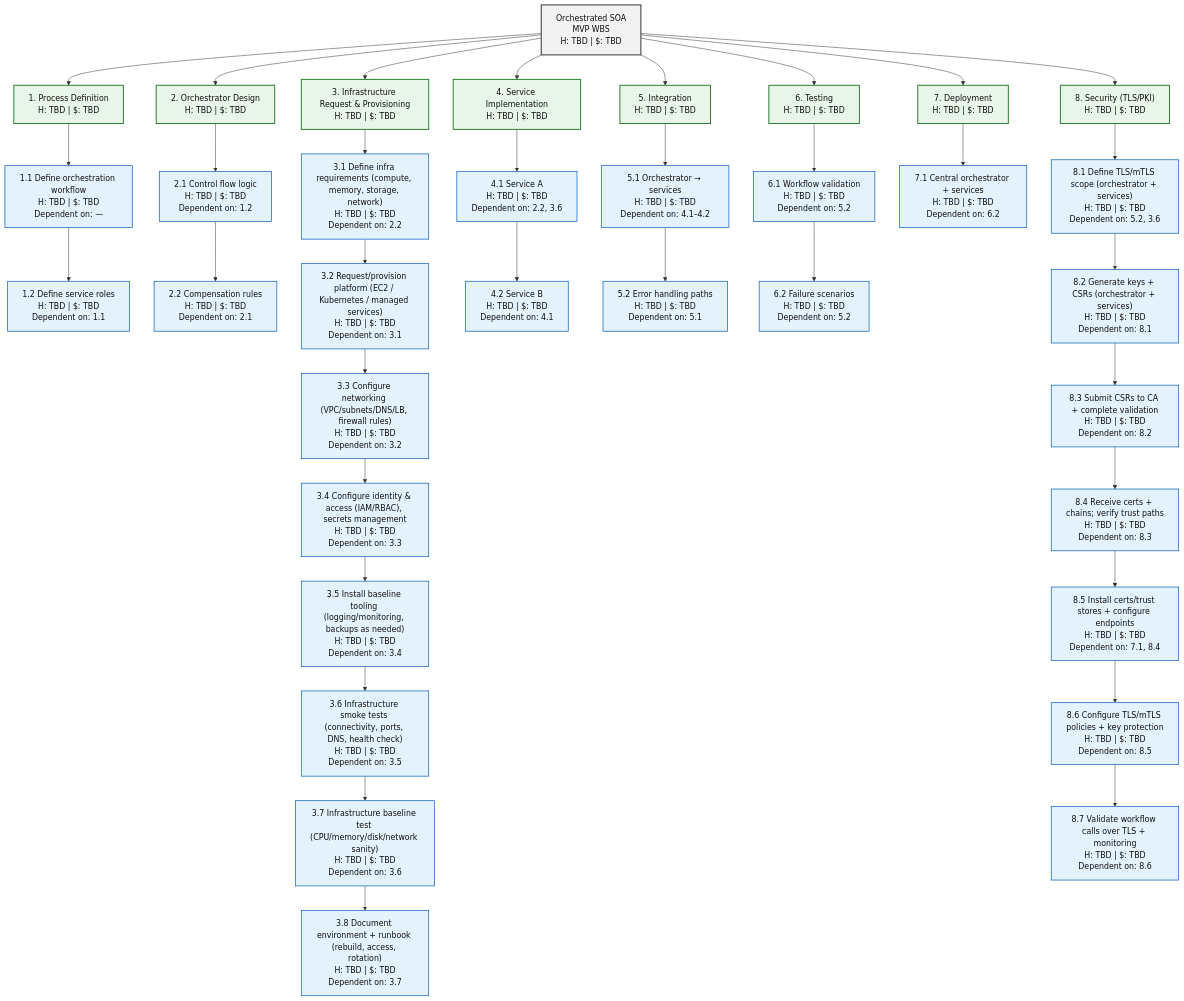
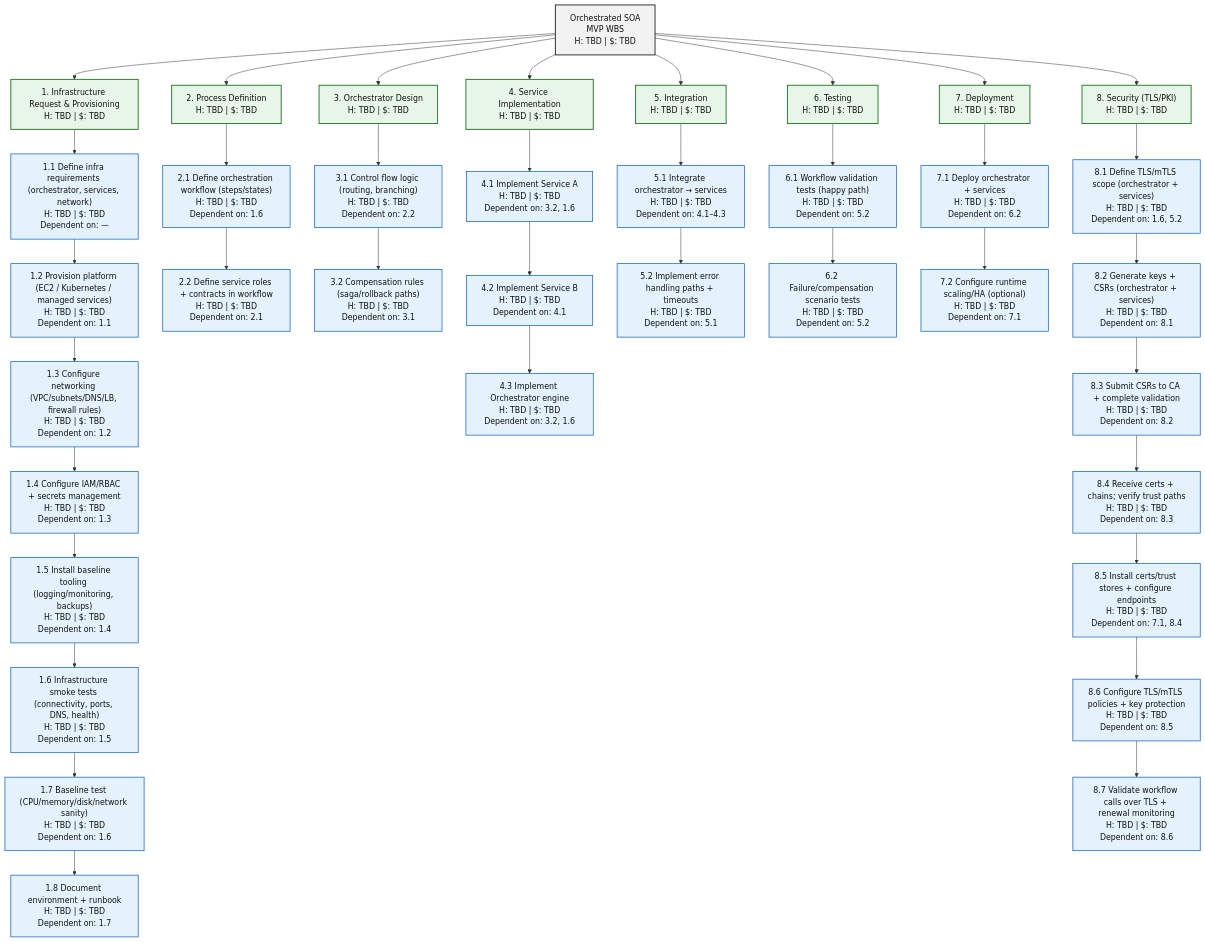
One commit to lopez-larry/arch-design-documentation changed the seventh of 8 diagrams in 30-architecture-styles/5-architecture-style-wbs-overview.md. Above: the diagram before and after it, drawn with Mermaid. The commit also changed other lines of this file, not shown here.

````diff
--- a/30-architecture-styles/5-architecture-style-wbs-overview.md
+++ b/30-architecture-styles/5-architecture-style-wbs-overview.md
@@ -347,52 +346,53 @@
 ```mermaid
 flowchart TB
   A["Orchestrated SOA<br/>MVP WBS<br/>H: TBD | $: TBD"]:::summary
 
-  A --> B["1. Process Definition<br/>H: TBD | $: TBD"]:::phase
-  A --> C["2. Orchestrator Design<br/>H: TBD | $: TBD"]:::phase
-  A --> I["3. Infrastructure Request & Provisioning<br/>H: TBD | $: TBD"]:::phase
+  A --> I["1. Infrastructure Request & Provisioning<br/>H: TBD | $: TBD"]:::phase
+  A --> B["2. Process Definition<br/>H: TBD | $: TBD"]:::phase
+  A --> C["3. Orchestrator Design<br/>H: TBD | $: TBD"]:::phase
   A --> D["4. Service Implementation<br/>H: TBD | $: TBD"]:::phase
   A --> E["5. Integration<br/>H: TBD | $: TBD"]:::phase
   A --> F["6. Testing<br/>H: TBD | $: TBD"]:::phase
   A --> G["7. Deployment<br/>H: TBD | $: TBD"]:::phase
   A --> H["8. Security (TLS/PKI)<br/>H: TBD | $: TBD"]:::phase
 
-  B --> B1["1.1 Define orchestration workflow<br/>H: TBD | $: TBD<br/>Dependent on: —"]:::task
-  B1 --> B2["1.2 Define service roles<br/>H: TBD | $: TBD<br/>Dependent on: 1.1"]:::task
+  I --> I1["1.1 Define infra requirements (orchestrator, services, network)<br/>H: TBD | $: TBD<br/>Dependent on: —"]:::task
+  I1 --> I2["1.2 Provision platform (EC2 / Kubernetes / managed services)<br/>H: TBD | $: TBD<br/>Dependent on: 1.1"]:::task
+  I2 --> I3["1.3 Configure networking (VPC/subnets/DNS/LB, firewall rules)<br/>H: TBD | $: TBD<br/>Dependent on: 1.2"]:::task
+  I3 --> I4["1.4 Configure IAM/RBAC + secrets management<br/>H: TBD | $: TBD<br/>Dependent on: 1.3"]:::task
+  I4 --> I5["1.5 Install baseline tooling (logging/monitoring, backups)<br/>H: TBD | $: TBD<br/>Dependent on: 1.4"]:::task
+  I5 --> I6["1.6 Infrastructure smoke tests (connectivity, ports, DNS, health)<br/>H: TBD | $: TBD<br/>Dependent on: 1.5"]:::task
+  I6 --> I7["1.7 Baseline test (CPU/memory/disk/network sanity)<br/>H: TBD | $: TBD<br/>Dependent on: 1.6"]:::task
+  I7 --> I8["1.8 Document environment + runbook<br/>H: TBD | $: TBD<br/>Dependent on: 1.7"]:::task
 
-  C --> C1["2.1 Control flow logic<br/>H: TBD | $: TBD<br/>Dependent on: 1.2"]:::task
-  C1 --> C2["2.2 Compensation rules<br/>H: TBD | $: TBD<br/>Dependent on: 2.1"]:::task
+  B --> B1["2.1 Define orchestration workflow (steps/states)<br/>H: TBD | $: TBD<br/>Dependent on: 1.6"]:::task
+  B1 --> B2["2.2 Define service roles + contracts in workflow<br/>H: TBD | $: TBD<br/>Dependent on: 2.1"]:::task
 
-  I --> I1["3.1 Define infra requirements (compute, memory, storage, network)<br/>H: TBD | $: TBD<br/>Dependent on: 2.2"]:::task
-  I1 --> I2["3.2 Request/provision platform (EC2 / Kubernetes / managed services)<br/>H: TBD | $: TBD<br/>Dependent on: 3.1"]:::task
-  I2 --> I3["3.3 Configure networking (VPC/subnets/DNS/LB, firewall rules)<br/>H: TBD | $: TBD<br/>Dependent on: 3.2"]:::task
-  I3 --> I4["3.4 Configure identity & access (IAM/RBAC), secrets management<br/>H: TBD | $: TBD<br/>Dependent on: 3.3"]:::task
-  I4 --> I5["3.5 Install baseline tooling (logging/monitoring, backups as needed)<br/>H: TBD | $: TBD<br/>Dependent on: 3.4"]:::task
-  I5 --> I6["3.6 Infrastructure smoke tests (connectivity, ports, DNS, health check)<br/>H: TBD | $: TBD<br/>Dependent on: 3.5"]:::task
-  I6 --> I7["3.7 Infrastructure baseline test (CPU/memory/disk/network sanity)<br/>H: TBD | $: TBD<br/>Dependent on: 3.6"]:::task
-  I7 --> I8["3.8 Document environment + runbook (rebuild, access, rotation)<br/>H: TBD | $: TBD<br/>Dependent on: 3.7"]:::task
+  C --> C1["3.1 Control flow logic (routing, branching)<br/>H: TBD | $: TBD<br/>Dependent on: 2.2"]:::task
+  C1 --> C2["3.2 Compensation rules (saga/rollback paths)<br/>H: TBD | $: TBD<br/>Dependent on: 3.1"]:::task
 
-  D --> D1["4.1 Service A<br/>H: TBD | $: TBD<br/>Dependent on: 2.2, 3.6"]:::task
-  D1 --> D2["4.2 Service B<br/>H: TBD | $: TBD<br/>Dependent on: 4.1"]:::task
+  D --> D1["4.1 Implement Service A<br/>H: TBD | $: TBD<br/>Dependent on: 3.2, 1.6"]:::task
+  D1 --> D2["4.2 Implement Service B<br/>H: TBD | $: TBD<br/>Dependent on: 4.1"]:::task
+  D2 --> D3["4.3 Implement Orchestrator engine<br/>H: TBD | $: TBD<br/>Dependent on: 3.2, 1.6"]:::task
 
-  E --> E1["5.1 Orchestrator → services<br/>H: TBD | $: TBD<br/>Dependent on: 4.1–4.2"]:::task
-  E1 --> E2["5.2 Error handling paths<br/>H: TBD | $: TBD<br/>Dependent on: 5.1"]:::task
+  E --> E1["5.1 Integrate orchestrator → services<br/>H: TBD | $: TBD<br/>Dependent on: 4.1–4.3"]:::task
+  E1 --> E2["5.2 Implement error handling paths + timeouts<br/>H: TBD | $: TBD<br/>Dependent on: 5.1"]:::task
 
-  F --> F1["6.1 Workflow validation<br/>H: TBD | $: TBD<br/>Dependent on: 5.2"]:::task
-  F1 --> F2["6.2 Failure scenarios<br/>H: TBD | $: TBD<br/>Dependent on: 5.2"]:::task
+  F --> F1["6.1 Workflow validation tests (happy path)<br/>H: TBD | $: TBD<br/>Dependent on: 5.2"]:::task
+  F1 --> F2["6.2 Failure/compensation scenario tests<br/>H: TBD | $: TBD<br/>Dependent on: 5.2"]:::task
 
-  G --> G1["7.1 Central orchestrator + services<br/>H: TBD | $: TBD<br/>Dependent on: 6.2"]:::task
+  G --> G1["7.1 Deploy orchestrator + services<br/>H: TBD | $: TBD<br/>Dependent on: 6.2"]:::task
+  G1 --> G2["7.2 Configure runtime scaling/HA (optional)<br/>H: TBD | $: TBD<br/>Dependent on: 7.1"]:::task
 
-  H --> H1["8.1 Define TLS/mTLS scope (orchestrator + services)<br/>H: TBD | $: TBD<br/>Dependent on: 5.2, 3.6"]:::task
+  H --> H1["8.1 Define TLS/mTLS scope (orchestrator + services)<br/>H: TBD | $: TBD<br/>Dependent on: 1.6, 5.2"]:::task
   H1 --> H2["8.2 Generate keys + CSRs (orchestrator + services)<br/>H: TBD | $: TBD<br/>Dependent on: 8.1"]:::task
   H2 --> H3["8.3 Submit CSRs to CA + complete validation<br/>H: TBD | $: TBD<br/>Dependent on: 8.2"]:::task
   H3 --> H4["8.4 Receive certs + chains; verify trust paths<br/>H: TBD | $: TBD<br/>Dependent on: 8.3"]:::task
   H4 --> H5["8.5 Install certs/trust stores + configure endpoints<br/>H: TBD | $: TBD<br/>Dependent on: 7.1, 8.4"]:::task
   H5 --> H6["8.6 Configure TLS/mTLS policies + key protection<br/>H: TBD | $: TBD<br/>Dependent on: 8.5"]:::task
-  H6 --> H7["8.7 Validate workflow calls over TLS + monitoring<br/>H: TBD | $: TBD<br/>Dependent on: 8.6"]:::task
+  H6 --> H7["8.7 Validate workflow calls over TLS + renewal monitoring<br/>H: TBD | $: TBD<br/>Dependent on: 8.6"]:::task
 
   classDef summary fill:#f2f2f2,stroke:#333,stroke-width:2px,color:#111;
   classDef phase fill:#e8f5e9,stroke:#2e7d32,stroke-width:2px,color:#111;
   classDef task fill:#e3f2fd,stroke:#1565c0,stroke-width:1.5px,color:#111;
-
 ```
````
